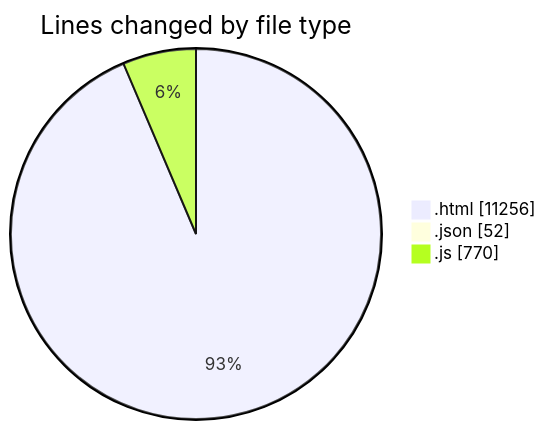
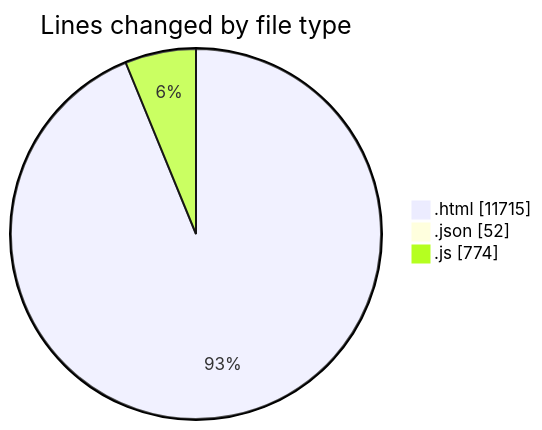
The first of 2 diagrams in 2025-09-16/www/README.md (vahidmafi/code-tracking), drawn with Mermaid before and after one commit. The commit also changed other lines of this file and 1 other file, not shown here.

````diff
--- a/2025-09-16/www/README.md
+++ b/2025-09-16/www/README.md
@@ -23,7 +24,7 @@
 ```mermaid
 pie showData
 title Lines changed by file type
-".html" : 11256
+".html" : 11715
 ".json" : 52
-".js" : 770
+".js" : 774
 ```
````
